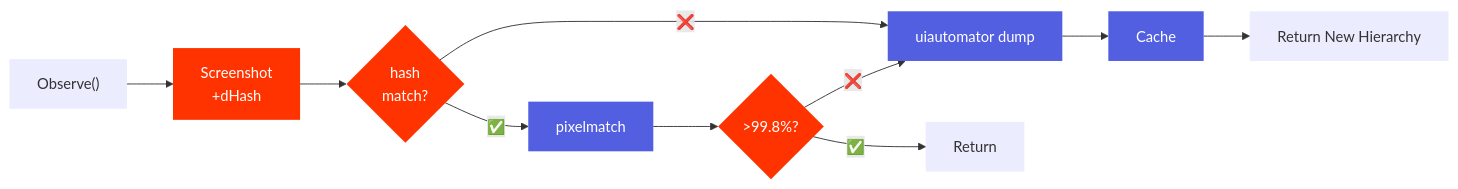
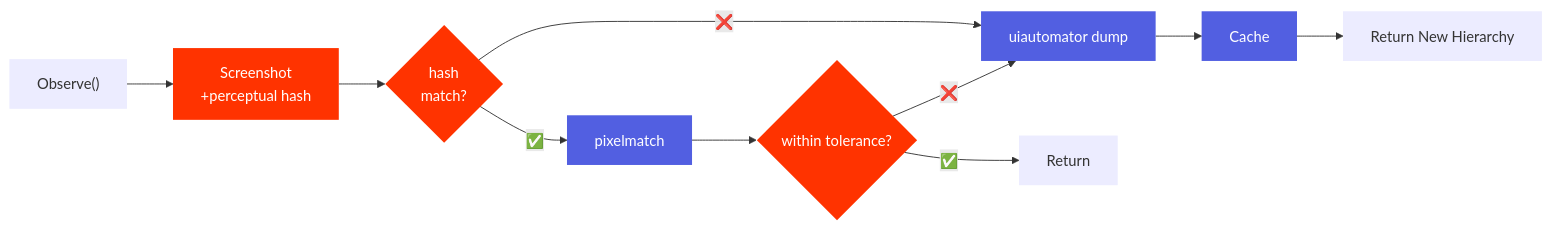
One commit to zillow/auto-mobile changed the second of 2 diagrams in docs/features/mcp-server/observation.md. Above: the diagram before and after it, drawn with Mermaid. The commit also changed other lines of this file and 42 other files, not shown here.

````diff
--- a/docs/features/mcp-server/observation.md
+++ b/docs/features/mcp-server/observation.md
@@ -44,18 +39,18 @@
     ```mermaid
     flowchart LR
-    A["Observe()"] --> B["Screenshot<br/>+dHash"];
+    A["Observe()"] --> B["Screenshot<br/>+perceptual hash"];
     B --> C{"hash<br/>match?"};
     C -->|"✅"| D["pixelmatch"];
     C -->|"❌"| E["uiautomator dump"];
-    D --> F{>99.8%?};
+    D --> F{"within tolerance?"};
     F -->|"✅"| G["Return"];
     F -->|"❌"| E;
     E --> H["Cache"];
     H --> I["Return New Hierarchy"];
     classDef decision fill:#FF3300,stroke-width:0px,color:white;
     classDef logic fill:#525FE1,stroke-width:0px,color:white;
     classDef result stroke-width:0px;
     class A,G,I result;
     class D,E,H logic;
     class B,C,F decision;
     ```
````
